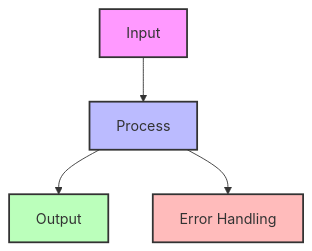
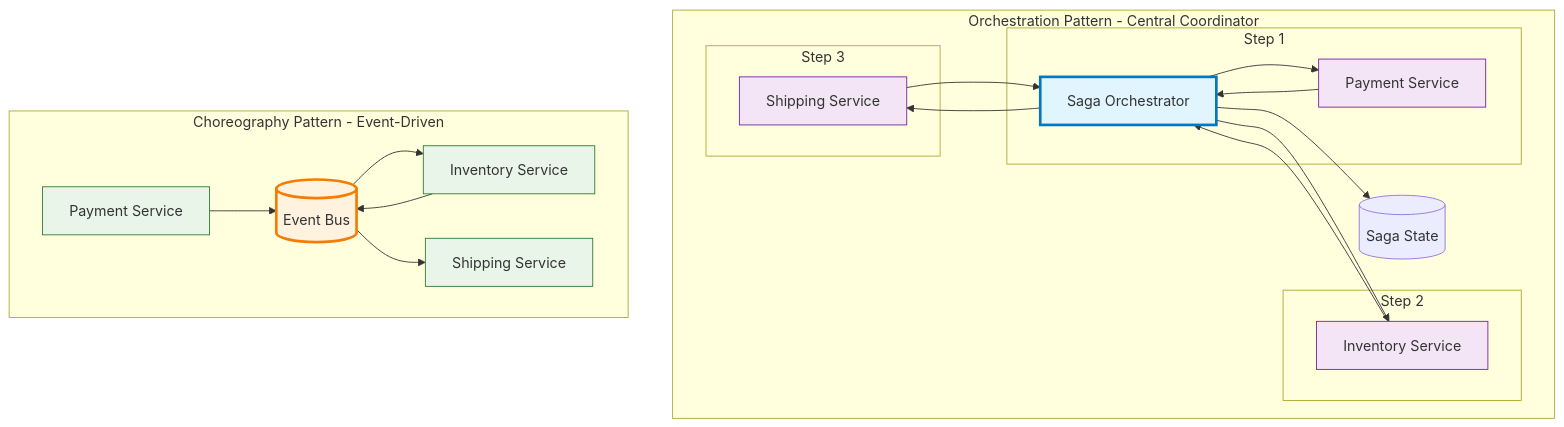
Before and after one commit to deepaucksharma/DStudio: the second of 14 diagrams in docs/pattern-library/data-management/saga.md, drawn with Mermaid. The commit also changed other lines of this file and 258 other files, not shown here.

````diff
--- a/docs/pattern-library/data-management/saga.md
+++ b/docs/pattern-library/data-management/saga.md
@@ -165,11 +171,46 @@
 ```mermaid
-graph TD
-    A[Input] --> B[Process]
-    B --> C[Output]
-    B --> D[Error Handling]
+flowchart TB
+    subgraph "Orchestration Pattern - Central Coordinator"
+        O1[Saga Orchestrator]
+        
+        subgraph "Step 1"
+            O1 --> OS1[Payment Service]
+            OS1 --> O1
+        end
+        
+        subgraph "Step 2"
+            O1 --> OS2[Inventory Service]
+            OS2 --> O1
+        end
+        
+        subgraph "Step 3"
+            O1 --> OS3[Shipping Service]
+            OS3 --> O1
+        end
+        
+        O1 --> DB[(Saga State)]
+        
+        style O1 fill:#e1f5fe,stroke:#0277bd,stroke-width:3px
+        style OS1 fill:#f3e5f5,stroke:#7b1fa2
+        style OS2 fill:#f3e5f5,stroke:#7b1fa2
+        style OS3 fill:#f3e5f5,stroke:#7b1fa2
+    end
     
-    style A fill:#f9f,stroke:#333,stroke-width:2px
-    style B fill:#bbf,stroke:#333,stroke-width:2px
-    style C fill:#bfb,stroke:#333,stroke-width:2px
-    style D fill:#fbb,stroke:#333,stroke-width:2px
+    subgraph "Choreography Pattern - Event-Driven"
+        CS1[Payment Service]
+        CS2[Inventory Service]
+        CS3[Shipping Service]
+        
+        EB[(Event Bus)]
+        
+        CS1 --> EB
+        EB --> CS2
+        CS2 --> EB
+        EB --> CS3
+        
+        style CS1 fill:#e8f5e8,stroke:#2e7d32
+        style CS2 fill:#e8f5e8,stroke:#2e7d32
+        style CS3 fill:#e8f5e8,stroke:#2e7d32
+        style EB fill:#fff3e0,stroke:#f57c00,stroke-width:3px
+    end
 ```
````
